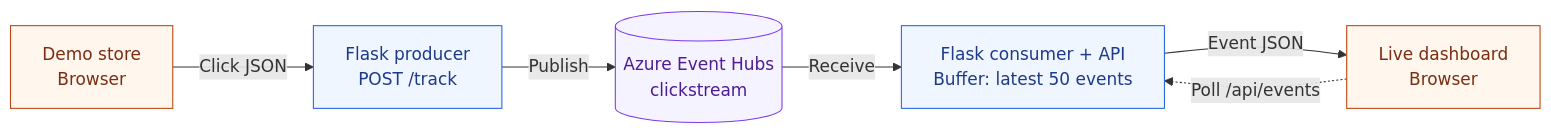
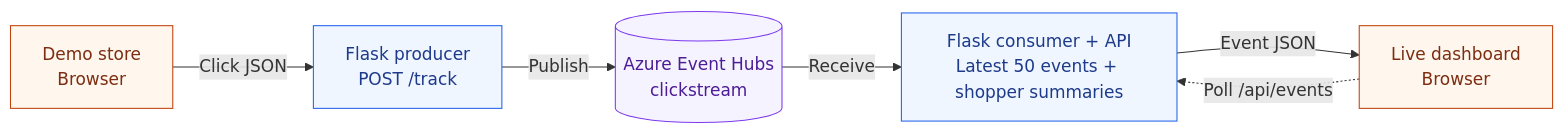
One commit to ramymohamed10/26F_CST8916_Week10-Event-Hubs-Lab changed the first of 3 diagrams in README.md. Above: the diagram before and after it, drawn with Mermaid. The commit also changed other lines of this file and 10 other files, not shown here.

First line of the commit message:
feat: add shopping flow and live shopper analytics

````diff
--- a/README.md
+++ b/README.md
@@ -43,21 +44,21 @@
 ```mermaid
 flowchart LR
     Store["Demo store<br/>Browser"]
     Producer["Flask producer<br/>POST /track"]
     Hub[("Azure Event Hubs<br/>clickstream")]
-    Consumer["Flask consumer + API<br/>Buffer: latest 50 events"]
+    Consumer["Flask consumer + API<br/>Latest 50 events + shopper summaries"]
     Dashboard["Live dashboard<br/>Browser"]
 
     Store -->|Click JSON| Producer
     Producer -->|Publish| Hub
     Hub -->|Receive| Consumer
     Dashboard -.->|Poll /api/events| Consumer
     Consumer -->|Event JSON| Dashboard
 
     classDef browser fill:#fff7ed,stroke:#c2410c,color:#7c2d12
     classDef app fill:#eff6ff,stroke:#2563eb,color:#1e3a8a
     classDef azure fill:#f5f3ff,stroke:#7c3aed,color:#4c1d95
     class Store,Dashboard browser
     class Producer,Consumer app
     class Hub azure
 ```
````
